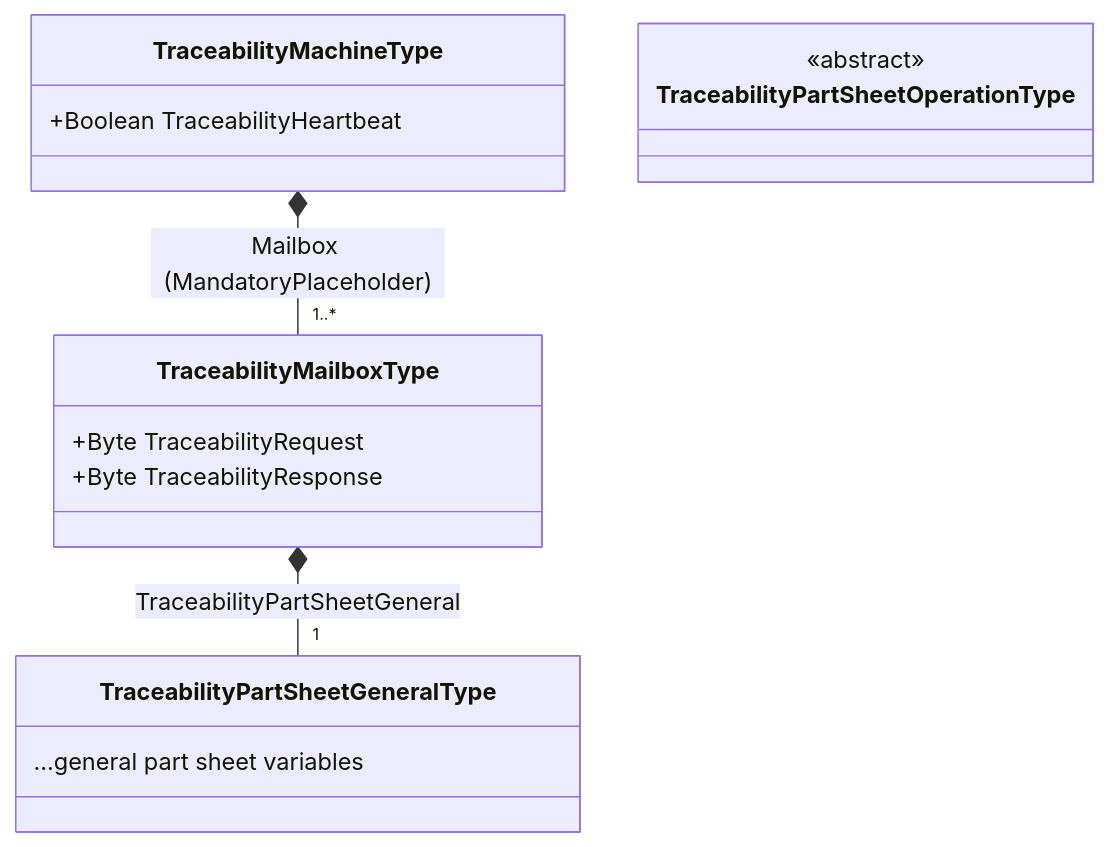
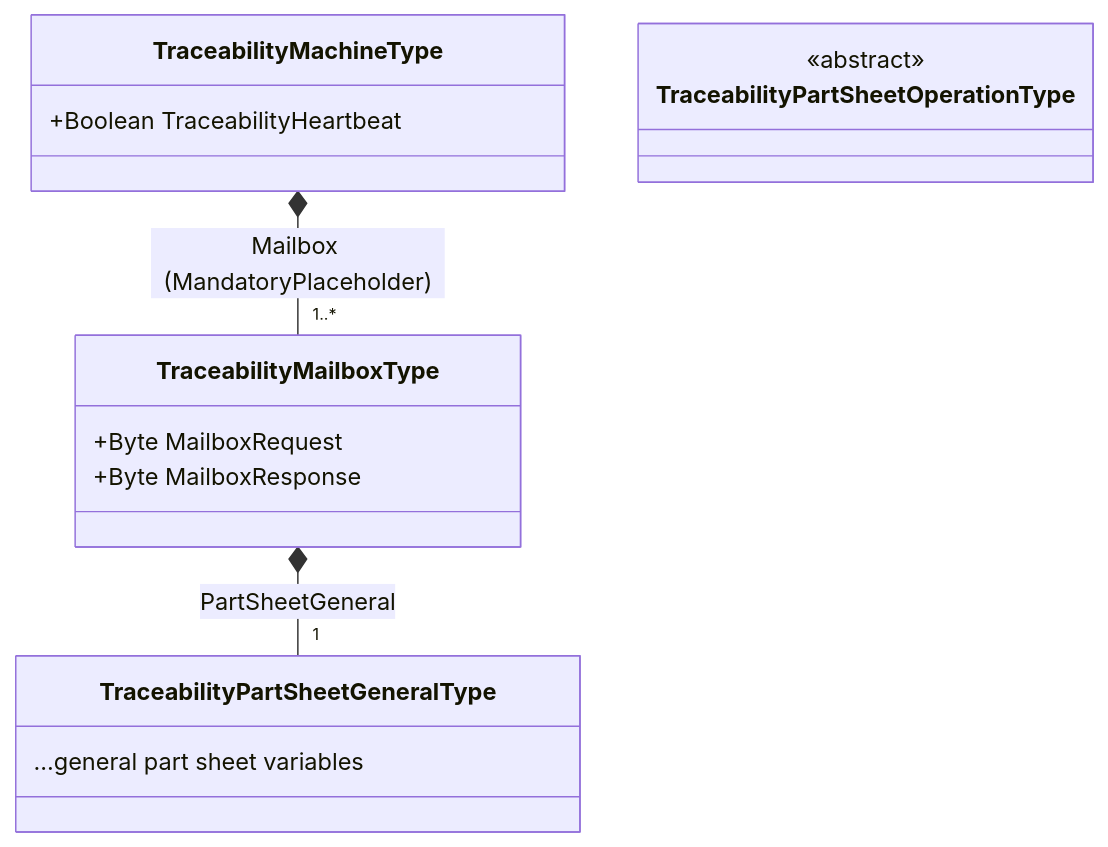
One commit to cailloumajor/opcua-line-gateway changed the third of 4 diagrams in docs/information-model.md. Above: the diagram before and after it, drawn with Mermaid. The commit also changed other lines of this file and 1 other file, not shown here.

````diff
--- a/docs/information-model.md
+++ b/docs/information-model.md
@@ -193,19 +193,19 @@
 ```mermaid
 classDiagram
   class TraceabilityMachineType {
     +Boolean TraceabilityHeartbeat
   }
   class TraceabilityMailboxType {
-    +Byte TraceabilityRequest
-    +Byte TraceabilityResponse
+    +Byte MailboxRequest
+    +Byte MailboxResponse
   }
   class TraceabilityPartSheetGeneralType {
     ...general part sheet variables
   }
   class TraceabilityPartSheetOperationType {
     <<abstract>>
   }
 
   TraceabilityMachineType *-- "1..*" TraceabilityMailboxType : Mailbox (MandatoryPlaceholder)
-  TraceabilityMailboxType *-- "1" TraceabilityPartSheetGeneralType : TraceabilityPartSheetGeneral
+  TraceabilityMailboxType *-- "1" TraceabilityPartSheetGeneralType : PartSheetGeneral
 ```
````
